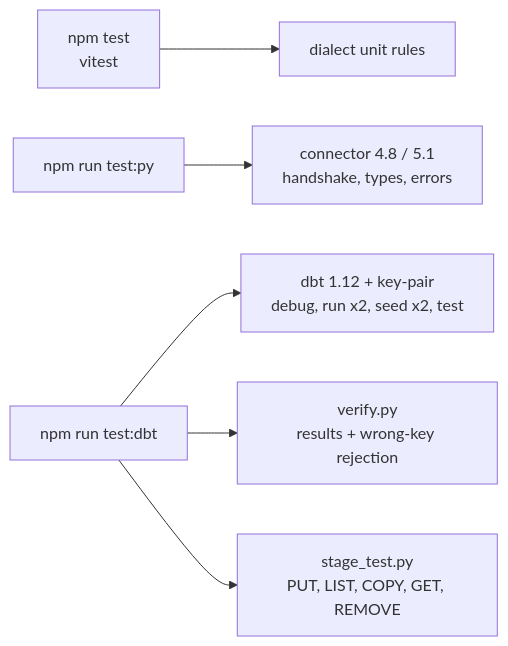
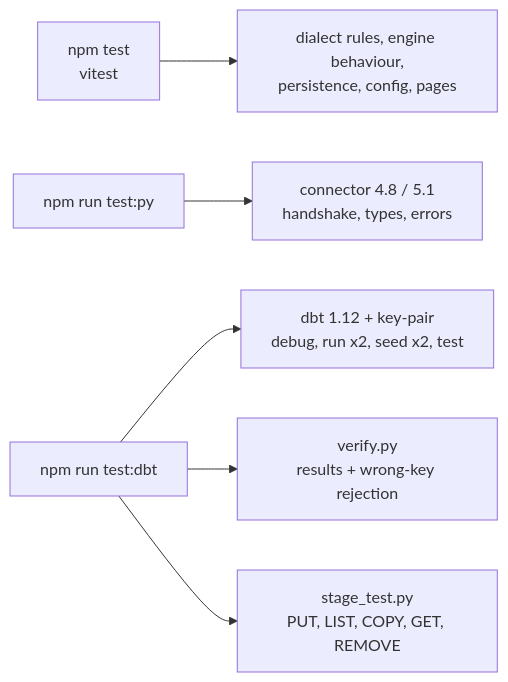
The sixth of 6 diagrams in docs/design.md (sri369c/SnowTest), drawn with Mermaid before and after one commit. The commit also changed other lines of this file and 23 other files, not shown here.

````diff
--- a/docs/design.md
+++ b/docs/design.md
@@ -362,8 +404,8 @@
 ```mermaid
 flowchart LR
-  A["npm test<br/>vitest"] --> A1["dialect unit rules"]
+  A["npm test<br/>vitest"] --> A1["dialect rules, engine behaviour,<br/>persistence, config, pages"]
   B["npm run test:py"] --> B1["connector 4.8 / 5.1<br/>handshake, types, errors"]
   C["npm run test:dbt"] --> C1["dbt 1.12 + key-pair<br/>debug, run x2, seed x2, test"]
   C --> C2["verify.py<br/>results + wrong-key rejection"]
   C --> C3["stage_test.py<br/>PUT, LIST, COPY, GET, REMOVE"]
 ```
````
